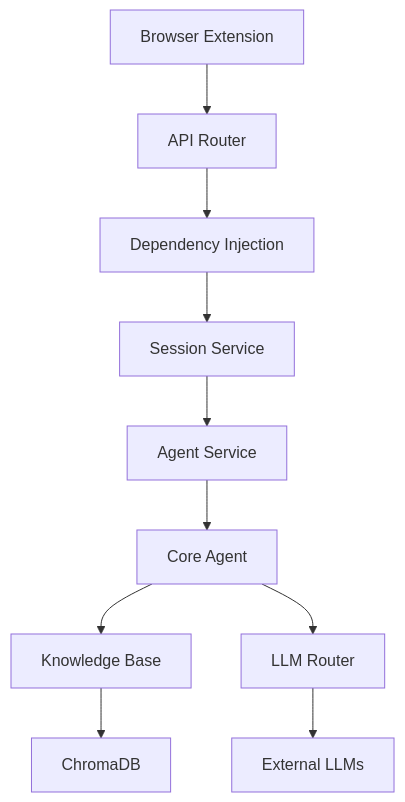
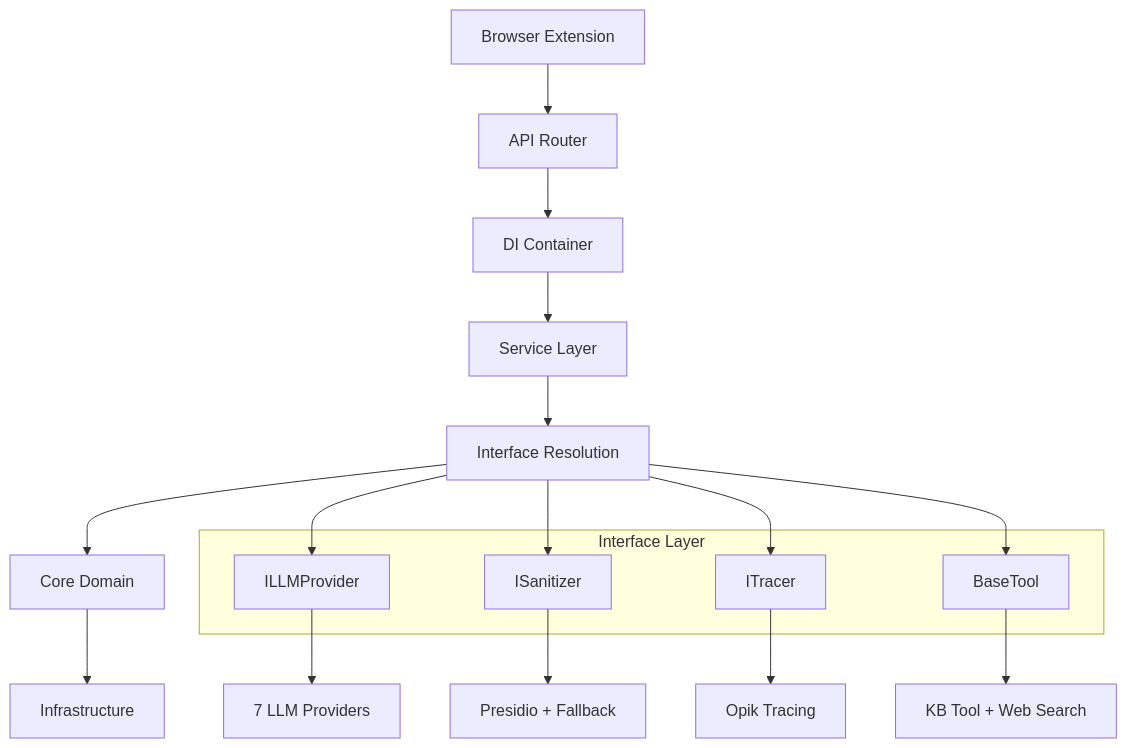
One commit to FaultMaven/FaultMaven-Mono changed the second of 2 diagrams in README.md. Above: the diagram before and after it, drawn with Mermaid. The commit also changed other lines of this file and 163 other files, not shown here.

First line of the commit message:
feat: complete transformation to clean service-oriented architecture

````diff
--- a/README.md
+++ b/README.md
@@ -180,12 +206,26 @@
 ```mermaid
 graph TD
     A[Browser Extension] --> B[API Router]
-    B --> C[Dependency Injection]
-    C --> D[Session Service]
-    D --> E[Agent Service]
-    E --> F[Core Agent]
-    F --> G[Knowledge Base]
-    F --> H[LLM Router]
-    G --> I[ChromaDB]
-    H --> J[External LLMs]
+    B --> C[DI Container]
+    C --> D[Service Layer]
+    D --> E[Interface Resolution]
+    E --> F[Core Domain]
+    F --> G[Infrastructure]
+    
+    subgraph "Interface Layer"
+        ILLMProvider
+        ISanitizer  
+        ITracer
+        BaseTool
+    end
+    
+    E --> ILLMProvider
+    E --> ISanitizer
+    E --> ITracer
+    E --> BaseTool
+    
+    ILLMProvider --> H[7 LLM Providers]
+    ISanitizer --> I[Presidio + Fallback]
+    ITracer --> J[Opik Tracing]
+    BaseTool --> K[KB Tool + Web Search]
 ```
````
